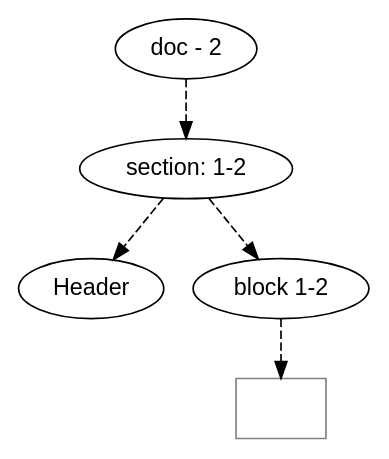
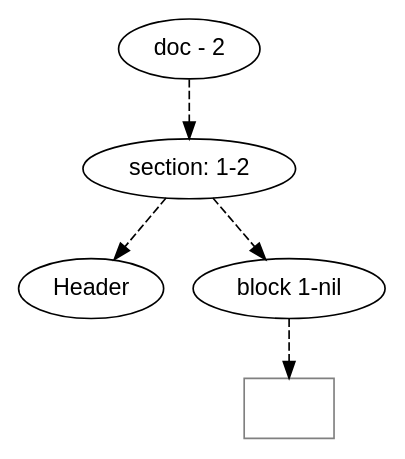
Before and after one commit to mnemnion/orb: the diagram in orb/dot/samples/header-only.gm.dot, drawn with Graphviz. The commit also changed 40 other files, not shown here.

```diff
--- a/orb/dot/samples/header-only.gm.dot
+++ b/orb/dot/samples/header-only.gm.dot
@@ -1,23 +1,23 @@
 digraph hierarchy {
 
 node [fontname=Helvetica]
 edge [style=dashed]
 
 doc_0 [label="doc - 2"]
 
 doc_0 -> { section_1}
 {rank=same; section_1}
 
 section_1 [label="section: 1-2"]
 
 section_1 -> { header_2 block_3}
 {rank=same; header_2 block_3}
 
 header_2 [label="Header"]
-block_3 [label="block 1-2"]
+block_3 [label="block 1-nil"]
 
 
 block_3 -> leaf_4
 leaf_4  [color=Gray,shape=rectangle,fontname=Inconsolata,label="
 "]
 }
```
